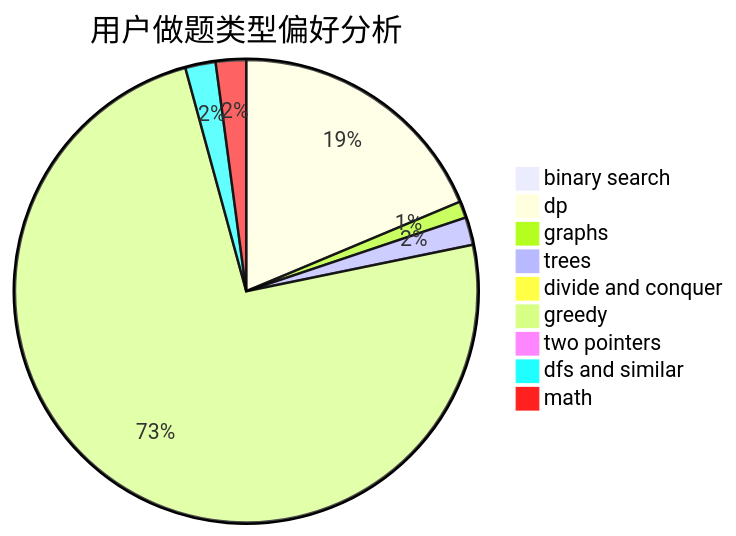
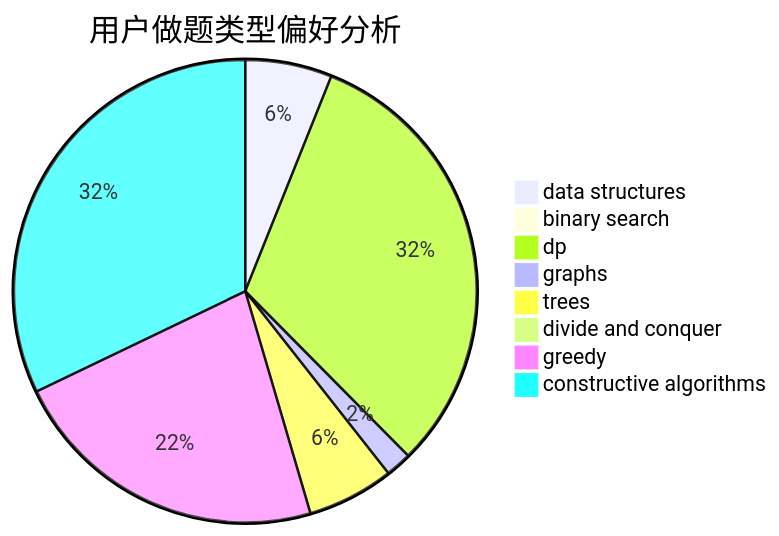
Before and after one commit to sherpahu/cfrs.github.io: the second of 3 diagrams in docs/user/u2371.md, drawn with Mermaid. The commit also changed other lines of this file and 2775 other files, not shown here.

````diff
--- a/docs/user/u2371.md
+++ b/docs/user/u2371.md
@@ -23,12 +23,11 @@
 ```mermaid
 pie title 用户做题类型偏好分析
-    "binary search" :  2
-    "dp" :  97
-    "graphs" :  6
+    "data structures" :  10
+    "binary search" :  0
+    "dp" :  52
+    "graphs" :  3
     "trees" :  10
     "divide and conquer" :  0
-    "greedy" :  384
-    "two pointers" :  2
-    "dfs and similar" :  11
-    "math" :  11
+    "greedy" :  37
+    "constructive algorithms" :  53
 ```
````
